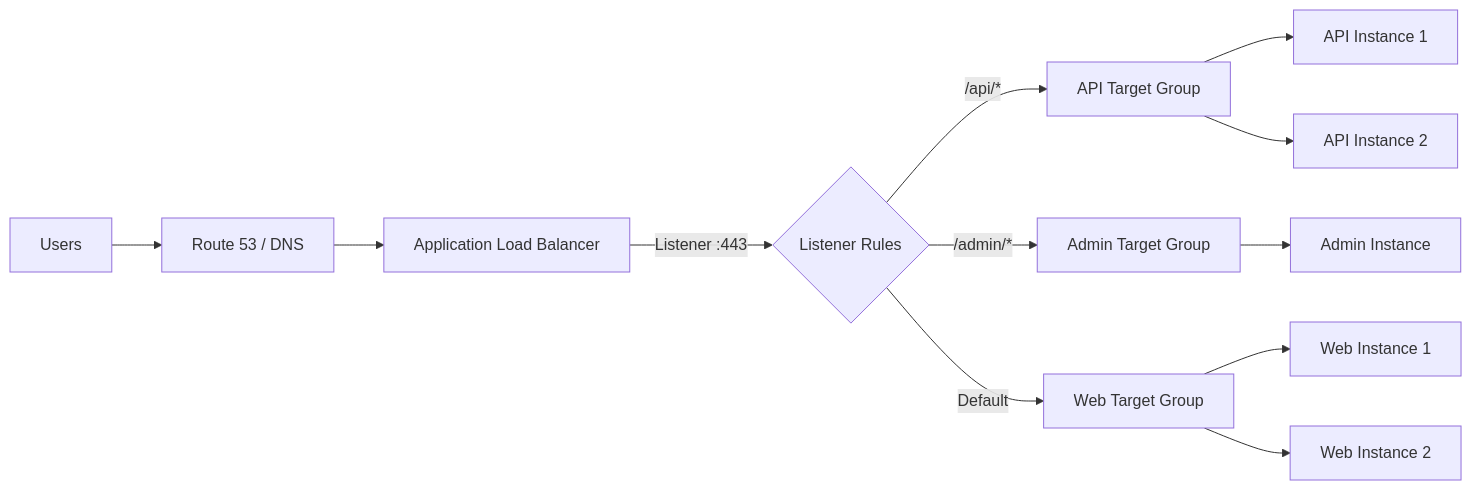
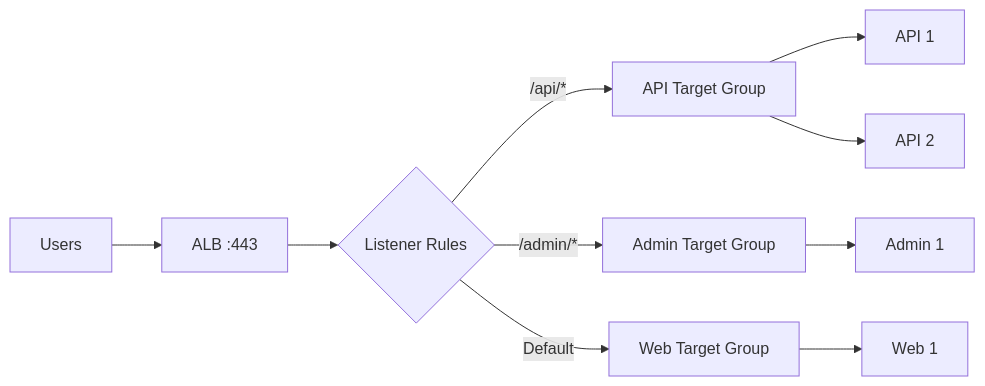
One commit to AvadhBhalodiya/Interview-Preparation changed the sixth of 15 diagrams in src/content/devops/load-balancing-auto-scaling.md. Above: the diagram before and after it, drawn with Mermaid. The commit also changed other lines of this file and 54 other files, not shown here.

````diff
--- a/src/content/devops/load-balancing-auto-scaling.md
+++ b/src/content/devops/load-balancing-auto-scaling.md
@@ -316,18 +369,14 @@
 ```mermaid
 flowchart LR
-    U[Users] --> DNS[Route 53 / DNS]
-    DNS --> ALB[Application Load Balancer]
+    U[Users] --> ALB[ALB :443]
+    ALB --> R{Listener Rules}
 
-    ALB -->|Listener :443| R{Listener Rules}
-    R -->|/api/*| TG1[API Target Group]
-    R -->|/admin/*| TG2[Admin Target Group]
-    R -->|Default| TG3[Web Target Group]
+    R -->|/api/*| API[API Target Group]
+    R -->|/admin/*| ADM[Admin Target Group]
+    R -->|Default| WEB[Web Target Group]
 
-    TG1 --> A1[API Instance 1]
-    TG1 --> A2[API Instance 2]
-
-    TG2 --> B1[Admin Instance]
-
-    TG3 --> C1[Web Instance 1]
-    TG3 --> C2[Web Instance 2]
+    API --> A1[API 1]
+    API --> A2[API 2]
+    ADM --> B1[Admin 1]
+    WEB --> C1[Web 1]
 ```
````
